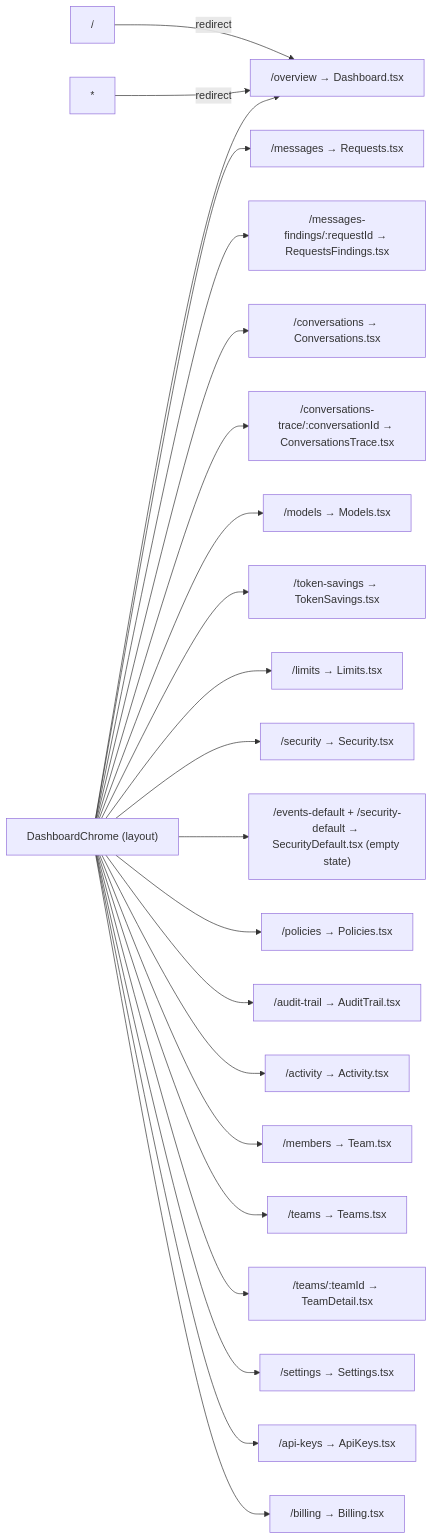
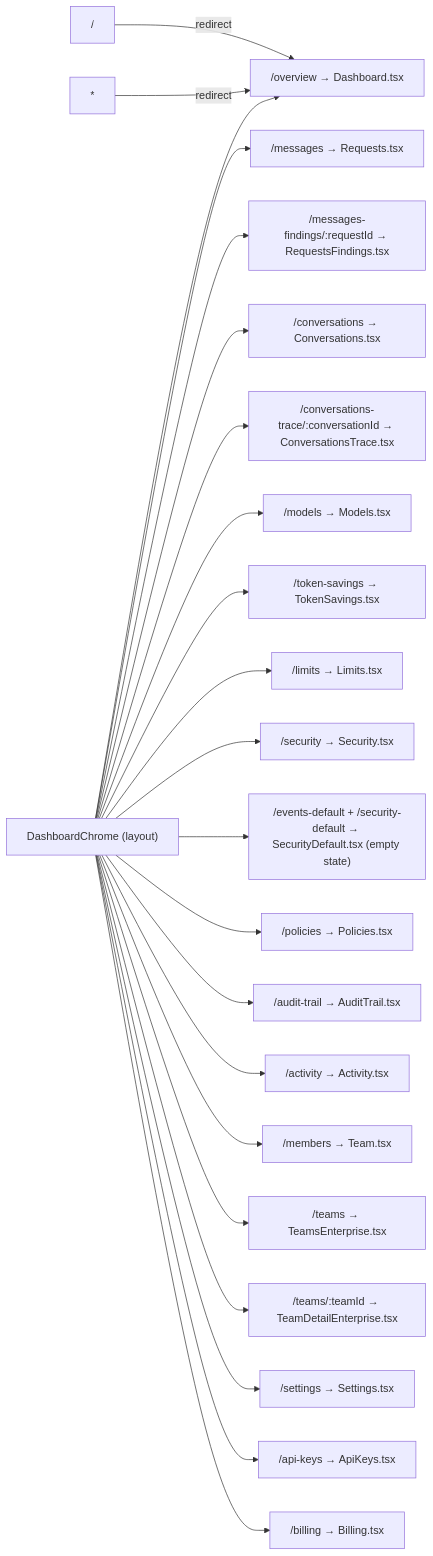
One commit to Neoneue/gate-ai-build changed the first of 5 diagrams in data-model.md. Above: the diagram before and after it, drawn with Mermaid. The commit also changed other lines of this file and 10 other files, not shown here.

First line of the commit message:
feat(teams): one Teams build for Pro, Default and Enterprise; hard-enforcement warning note

````diff
--- a/data-model.md
+++ b/data-model.md
@@ -31,27 +31,27 @@
 ```mermaid
 graph LR
     ROOT["/"] -->|redirect| OV
     WILD["*"] -->|redirect| OV
 
     LAYOUT["DashboardChrome (layout)"]
 
     LAYOUT --> OV["/overview → Dashboard.tsx"]
     LAYOUT --> REQ["/messages → Requests.tsx"]
     LAYOUT --> REQF["/messages-findings/:requestId → RequestsFindings.tsx"]
     LAYOUT --> CONV["/conversations → Conversations.tsx"]
     LAYOUT --> CONVT["/conversations-trace/:conversationId → ConversationsTrace.tsx"]
     LAYOUT --> MOD["/models → Models.tsx"]
     LAYOUT --> TOK["/token-savings → TokenSavings.tsx"]
     LAYOUT --> LIM["/limits → Limits.tsx"]
     LAYOUT --> SEC["/security → Security.tsx"]
     LAYOUT --> SECDEF["/events-default + /security-default → SecurityDefault.tsx (empty state)"]
     LAYOUT --> POL["/policies → Policies.tsx"]
     LAYOUT --> AUD["/audit-trail → AuditTrail.tsx"]
     LAYOUT --> ACT["/activity → Activity.tsx"]
     LAYOUT --> TEAM["/members → Team.tsx"]
-    LAYOUT --> TEAMS["/teams → Teams.tsx"]
-    LAYOUT --> TEAMD["/teams/:teamId → TeamDetail.tsx"]
+    LAYOUT --> TEAMS["/teams → TeamsEnterprise.tsx"]
+    LAYOUT --> TEAMD["/teams/:teamId → TeamDetailEnterprise.tsx"]
     LAYOUT --> SET["/settings → Settings.tsx"]
     LAYOUT --> KEYS["/api-keys → ApiKeys.tsx"]
     LAYOUT --> BILL["/billing → Billing.tsx"]
 ```
````
